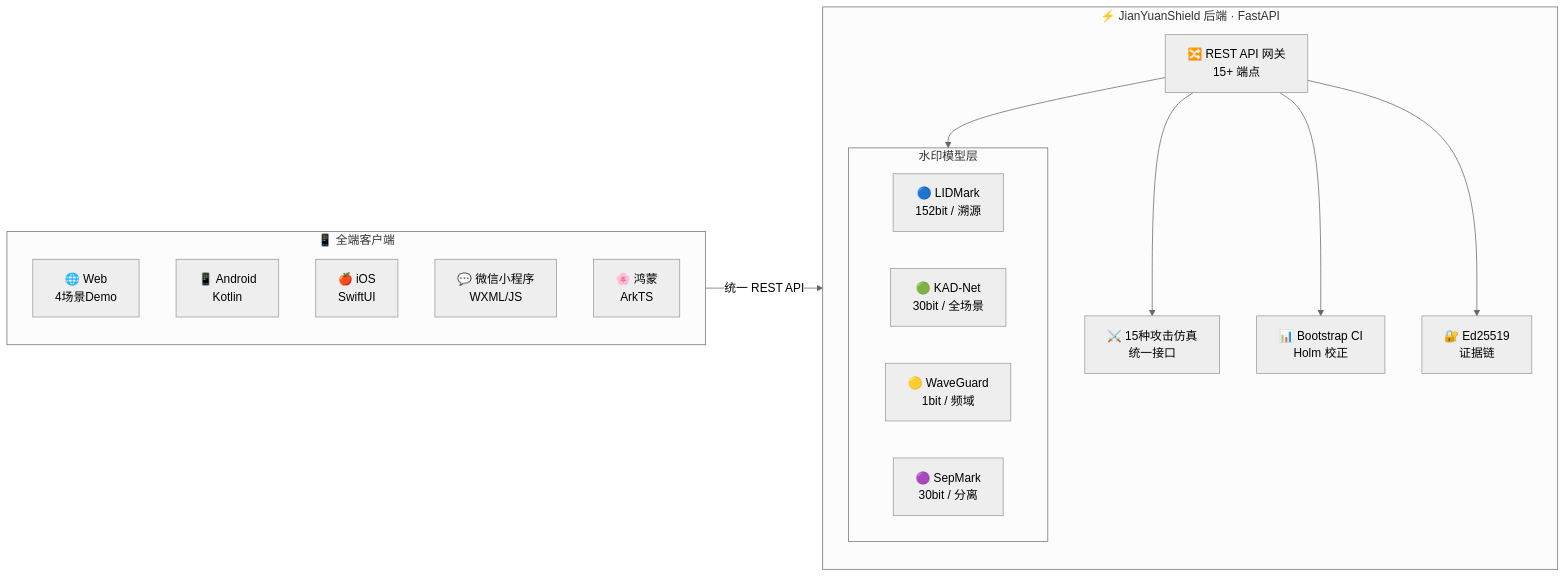
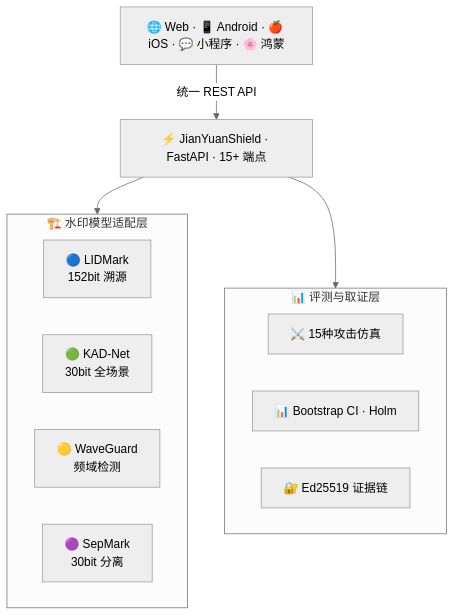
One commit to lux-liang/JianYuanShield changed the second of 2 diagrams in README.md. Above: the diagram before and after it, drawn with Mermaid (neutral theme). The commit also changed other lines of this file, not shown here.

Commit message:
docs(README): fix MEA table and architecture diagram layout
- MEA: replace code-block ASCII art with proper markdown table (Source/Attacker grid)
- Architecture: simplify Mermaid TD with two clean subgraphs (models + ops)
  replace \n node labels with <br/>, remove LR+TB nested subgraph confusion

````diff
--- a/README.md
+++ b/README.md
@@ -474,34 +472,23 @@
 ```mermaid
-flowchart LR
-    subgraph CLIENTS["📱 全端客户端"]
-        direction TB
-        W["🌐 Web\n4场景Demo"]
-        AN["📱 Android\nKotlin"]
-        IO["🍎 iOS\nSwiftUI"]
-        WX["💬 微信小程序\nWXML/JS"]
-        HM["🌸 鸿蒙\nArkTS"]
+flowchart TD
+    CLI["🌐 Web · 📱 Android · 🍎 iOS · 💬 小程序 · 🌸 鸿蒙"]
+    CLI -->|"统一 REST API"| API["⚡ JianYuanShield · FastAPI · 15+ 端点"]
+
+    subgraph MDL ["🏗️ 水印模型适配层"]
+        direction LR
+        L["🔵 LIDMark<br/>152bit 溯源"]
+        K["🟢 KAD-Net<br/>30bit 全场景"]
+        WG["🟡 WaveGuard<br/>频域检测"]
+        SM["🟣 SepMark<br/>30bit 分离"]
     end
 
-    subgraph BACKEND["⚡ JianYuanShield 后端 · FastAPI"]
-        direction TB
-        API["🔀 REST API 网关\n15+ 端点"]
-
-        subgraph MODELS["水印模型层"]
-            direction LR
-            L["🔵 LIDMark\n152bit / 溯源"]
-            K["🟢 KAD-Net\n30bit / 全场景"]
-            WG["🟡 WaveGuard\n1bit / 频域"]
-            SM["🟣 SepMark\n30bit / 分离"]
-        end
-
-        ATK["⚔️ 15种攻击仿真\n统一接口"]
-        STAT["📊 Bootstrap CI\nHolm 校正"]
-        EVD["🔐 Ed25519\n证据链"]
+    subgraph OPS ["📊 评测与取证层"]
+        direction LR
+        ATK["⚔️ 15种攻击仿真"]
+        STAT["📊 Bootstrap CI · Holm"]
+        EVD["🔐 Ed25519 证据链"]
     end
 
-    CLIENTS -->|"统一 REST API"| BACKEND
-    API --> MODELS
-    API --> ATK
-    API --> STAT
-    API --> EVD
+    API --> MDL
+    API --> OPS
 ```
````
